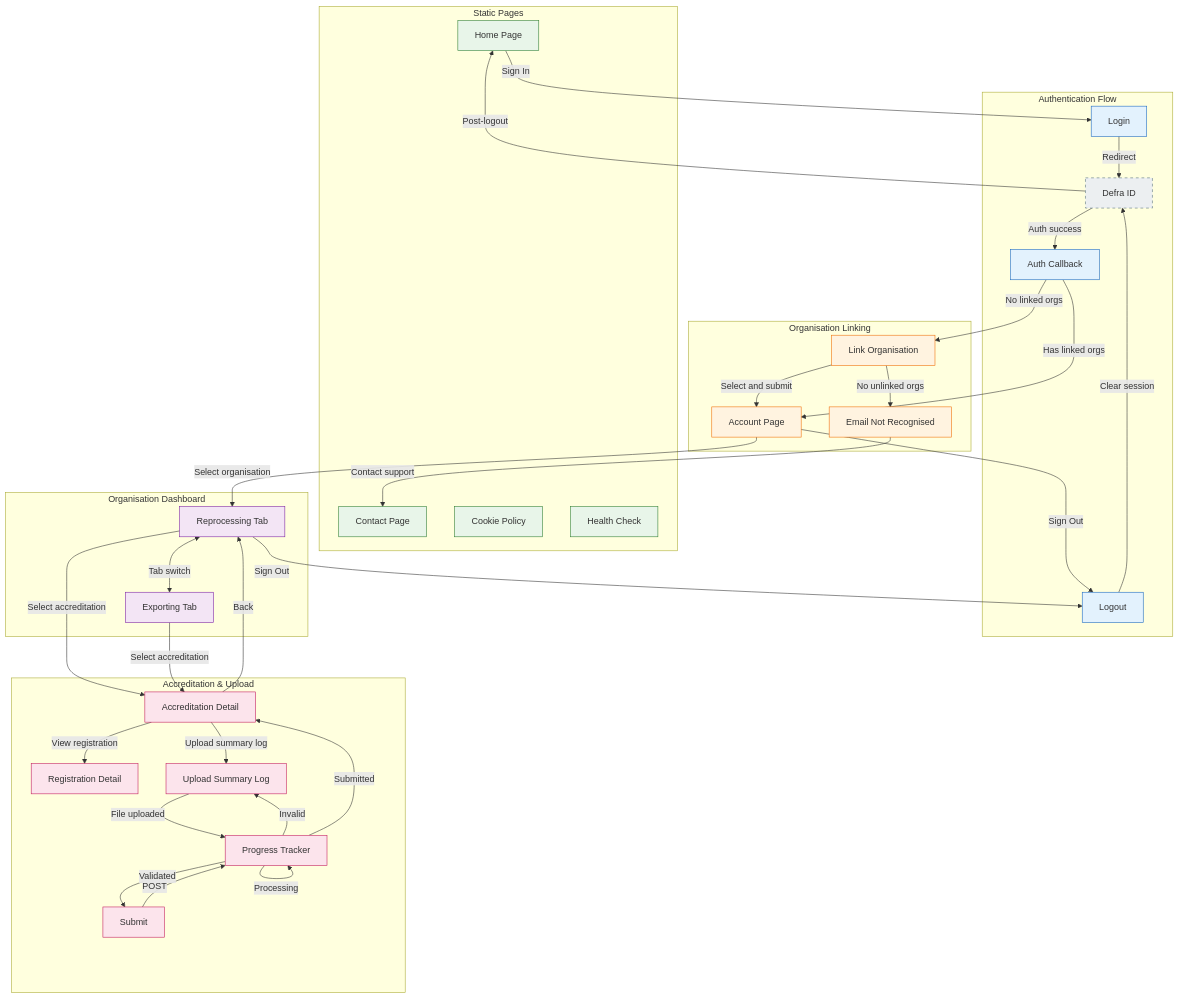
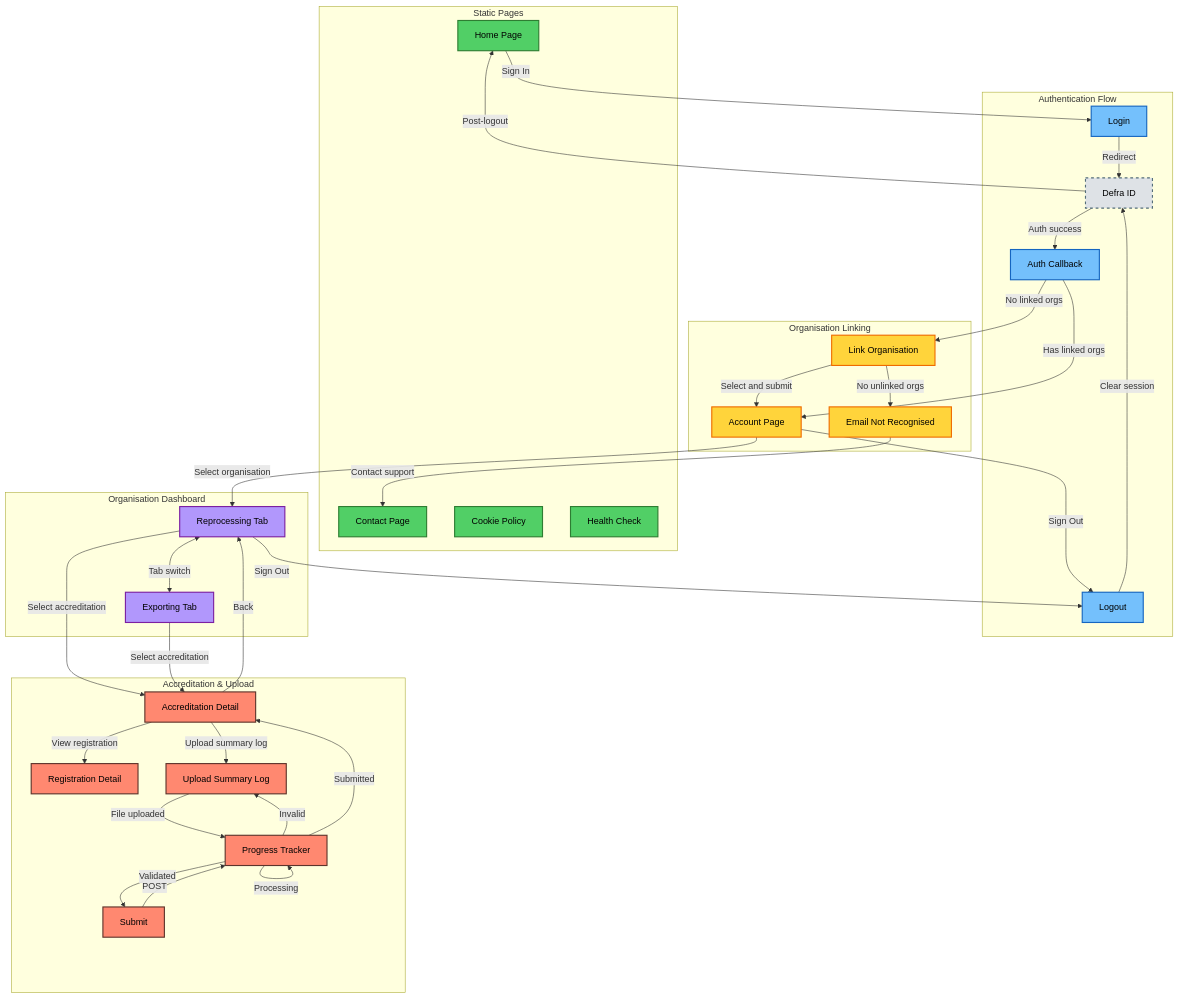
The diagram in docs/architecture/discovery/epr-frontend-page-navigation.md (DEFRA/epr-re-ex-service), drawn with Mermaid before and after one commit.

Commit message:
Use higher contrast colours matching existing diagrams

````diff
--- a/docs/architecture/discovery/epr-frontend-page-navigation.md
+++ b/docs/architecture/discovery/epr-frontend-page-navigation.md
@@ -50,82 +50,82 @@
 ```mermaid
 flowchart TD
     subgraph Static["Static Pages"]
         HOME["Home Page"]
         CONTACT["Contact Page"]
         COOKIES["Cookie Policy"]
         HEALTH["Health Check"]
     end
 
     subgraph Auth["Authentication Flow"]
         LOGIN["Login"]
         CALLBACK["Auth Callback"]
         LOGOUT["Logout"]
         DEFRA_ID["Defra ID"]
     end
 
     subgraph Linking["Organisation Linking"]
         ACCOUNT["Account Page"]
         LINKING["Link Organisation"]
         EMAIL_NOT_RECOG["Email Not Recognised"]
     end
 
     subgraph OrgDashboard["Organisation Dashboard"]
         ORG_DASH["Reprocessing Tab"]
         ORG_EXPORT["Exporting Tab"]
     end
 
     subgraph AccreditationFlow["Accreditation & Upload"]
         ACCRED["Accreditation Detail"]
         REG["Registration Detail"]
         UPLOAD["Upload Summary Log"]
         PROGRESS["Progress Tracker"]
         SUBMIT["Submit"]
     end
 
     HOME -->|Sign In| LOGIN
     LOGIN -->|Redirect| DEFRA_ID
     DEFRA_ID -->|Auth success| CALLBACK
 
     CALLBACK -->|Has linked orgs| ACCOUNT
     CALLBACK -->|No linked orgs| LINKING
 
     LINKING -->|Select and submit| ACCOUNT
     LINKING -->|No unlinked orgs| EMAIL_NOT_RECOG
     EMAIL_NOT_RECOG -->|Contact support| CONTACT
 
     ACCOUNT -->|Select organisation| ORG_DASH
     ORG_DASH <-->|Tab switch| ORG_EXPORT
 
     ORG_DASH -->|Select accreditation| ACCRED
     ORG_EXPORT -->|Select accreditation| ACCRED
     ACCRED -->|Back| ORG_DASH
     ACCRED -->|View registration| REG
     ACCRED -->|Upload summary log| UPLOAD
 
     UPLOAD -->|File uploaded| PROGRESS
 
     PROGRESS -->|Processing| PROGRESS
     PROGRESS -->|Validated| SUBMIT
     SUBMIT -->|POST| PROGRESS
     PROGRESS -->|Invalid| UPLOAD
     PROGRESS -->|Submitted| ACCRED
 
     ACCOUNT -->|Sign Out| LOGOUT
     ORG_DASH -->|Sign Out| LOGOUT
     LOGOUT -->|Clear session| DEFRA_ID
     DEFRA_ID -->|Post-logout| HOME
 
-    classDef static fill:#e8f5e9,stroke:#2e7d32
-    classDef auth fill:#e3f2fd,stroke:#1565c0
-    classDef linking fill:#fff3e0,stroke:#ef6c00
-    classDef dashboard fill:#f3e5f5,stroke:#7b1fa2
-    classDef upload fill:#fce4ec,stroke:#c2185b
-    classDef external fill:#eceff1,stroke:#546e7a,stroke-dasharray: 5 5
+    classDef static fill:#51cf66,stroke:#2e7d32,color:#000,stroke-width:2px
+    classDef auth fill:#74c0fc,stroke:#1565c0,color:#000,stroke-width:2px
+    classDef linking fill:#ffd43b,stroke:#ef6c00,color:#000,stroke-width:2px
+    classDef dashboard fill:#b197fc,stroke:#7b1fa2,color:#000,stroke-width:2px
+    classDef upload fill:#FF8870,stroke:#5E342B,color:#000,stroke-width:2px
+    classDef external fill:#dee2e6,stroke:#546e7a,color:#000,stroke-width:2px,stroke-dasharray: 5 5
 
     class HOME,CONTACT,COOKIES,HEALTH static
     class LOGIN,CALLBACK,LOGOUT auth
     class ACCOUNT,LINKING,EMAIL_NOT_RECOG linking
     class ORG_DASH,ORG_EXPORT dashboard
     class ACCRED,REG,UPLOAD,PROGRESS,SUBMIT upload
     class DEFRA_ID external
 ```
````
